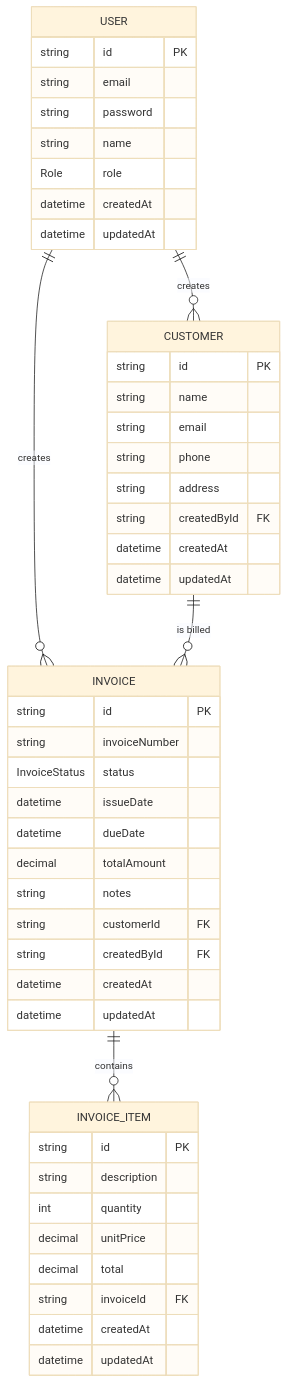
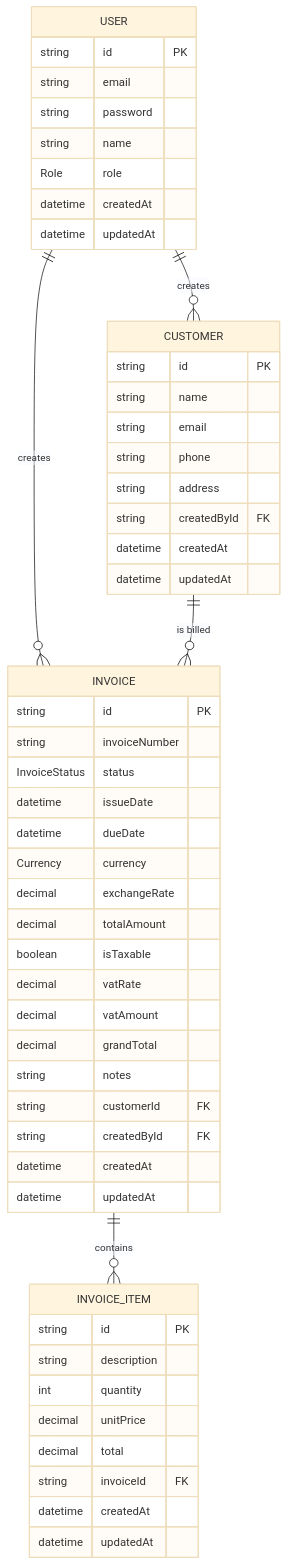
Before and after one commit to ryananjasmara/meis-nestjs: the diagram in docs/ERD.md, drawn with Mermaid (base theme). The commit also changed other lines of this file, not shown here.

Commit message:
chore: update ERD

````diff
--- a/docs/ERD.md
+++ b/docs/ERD.md
@@ -5,53 +5,59 @@
 ```mermaid
 erDiagram
     USER {
         string id PK
         string email
         string password
         string name
         Role role
         datetime createdAt
         datetime updatedAt
     }
 
     CUSTOMER {
         string id PK
         string name
         string email
         string phone
         string address
         string createdById FK
         datetime createdAt
         datetime updatedAt
     }
 
     INVOICE {
         string id PK
         string invoiceNumber
         InvoiceStatus status
         datetime issueDate
         datetime dueDate
+        Currency currency
+        decimal exchangeRate
         decimal totalAmount
+        boolean isTaxable
+        decimal vatRate
+        decimal vatAmount
+        decimal grandTotal
         string notes
         string customerId FK
         string createdById FK
         datetime createdAt
         datetime updatedAt
     }
 
     INVOICE_ITEM {
         string id PK
         string description
         int quantity
         decimal unitPrice
         decimal total
         string invoiceId FK
         datetime createdAt
         datetime updatedAt
     }
 
     USER ||--o{ CUSTOMER : "creates"
     USER ||--o{ INVOICE : "creates"
     CUSTOMER ||--o{ INVOICE : "is billed"
     INVOICE ||--o{ INVOICE_ITEM : "contains"
 ```
````
